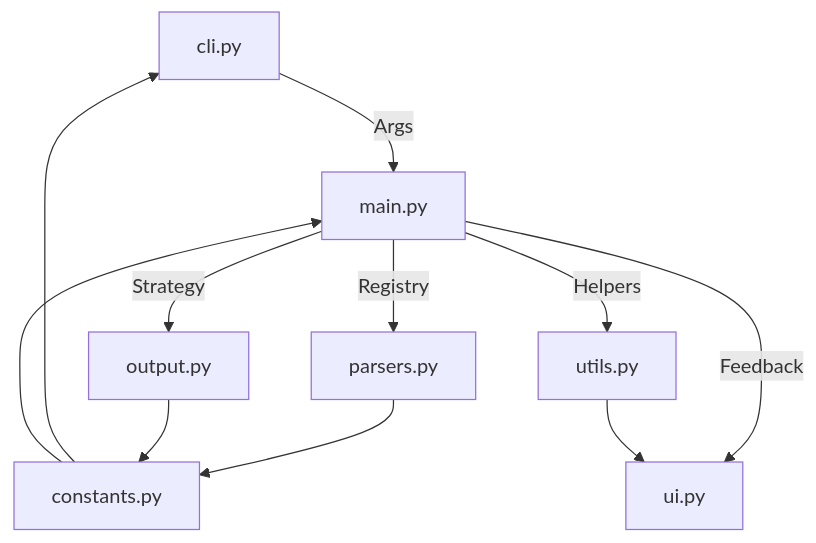
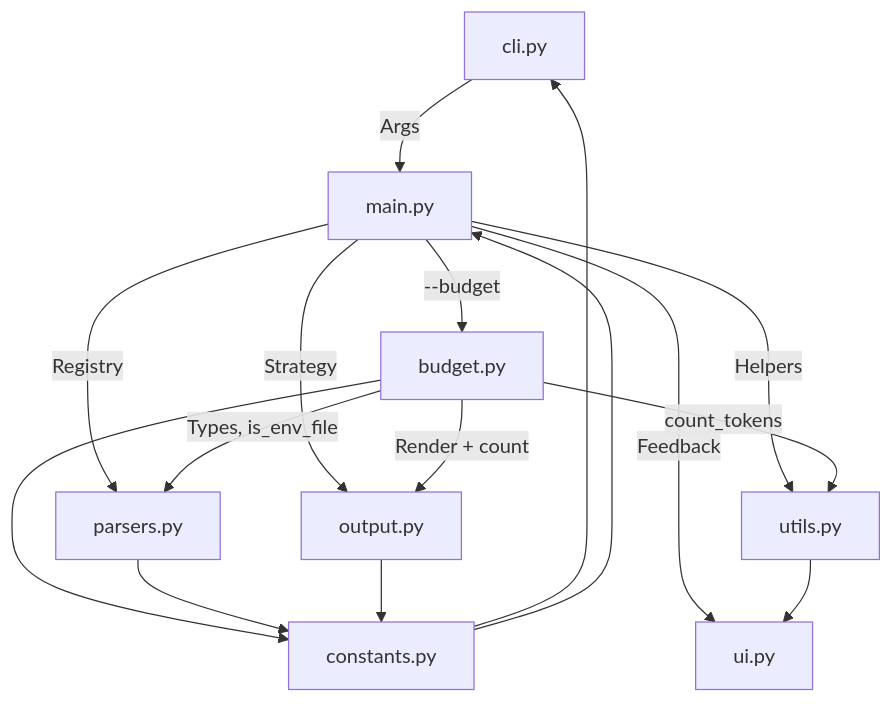
The first of 2 diagrams in docs/architecture.md (arianmokhtariha/data2prompt), drawn with Mermaid before and after one commit. The commit also changed other lines of this file and 14 other files, not shown here.

````diff
--- a/docs/architecture.md
+++ b/docs/architecture.md
@@ -23,13 +23,18 @@
 ```mermaid
 graph TD
     CLI[cli.py] -->|Args| Main[main.py]
     Constants[constants.py] --> CLI
     Constants --> Main
     Main -->|Registry| Parsers[parsers.py]
     Main -->|Strategy| Output[output.py]
     Main -->|Helpers| Utils[utils.py]
     Main -->|Feedback| UI[ui.py]
+    Main -->|--budget| Budget[budget.py]
+    Budget -->|Render + count| Output
+    Budget -->|Types, is_env_file| Parsers
+    Budget -->|count_tokens| Utils
+    Budget --> Constants
     Parsers --> Constants
     Output --> Constants
     Utils --> UI
 ```
````
